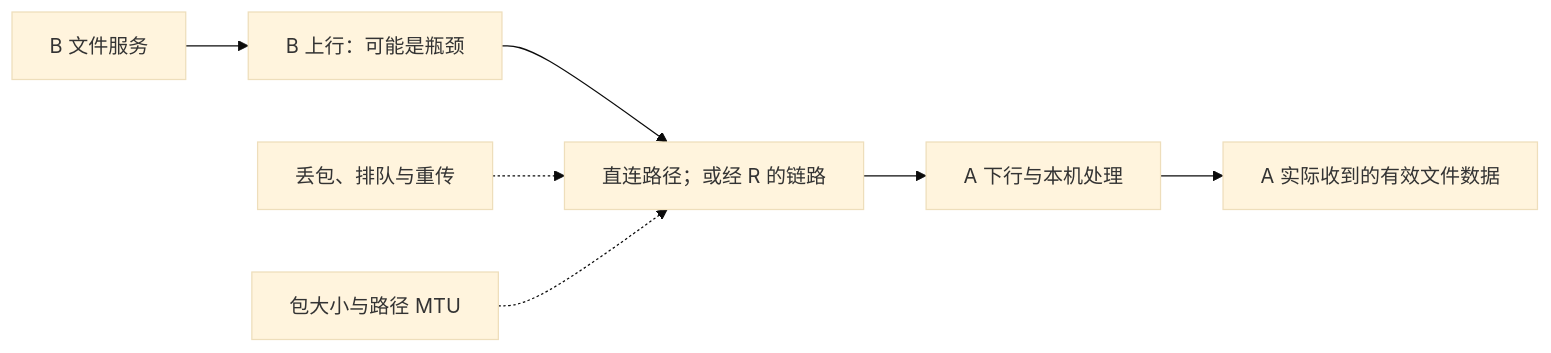
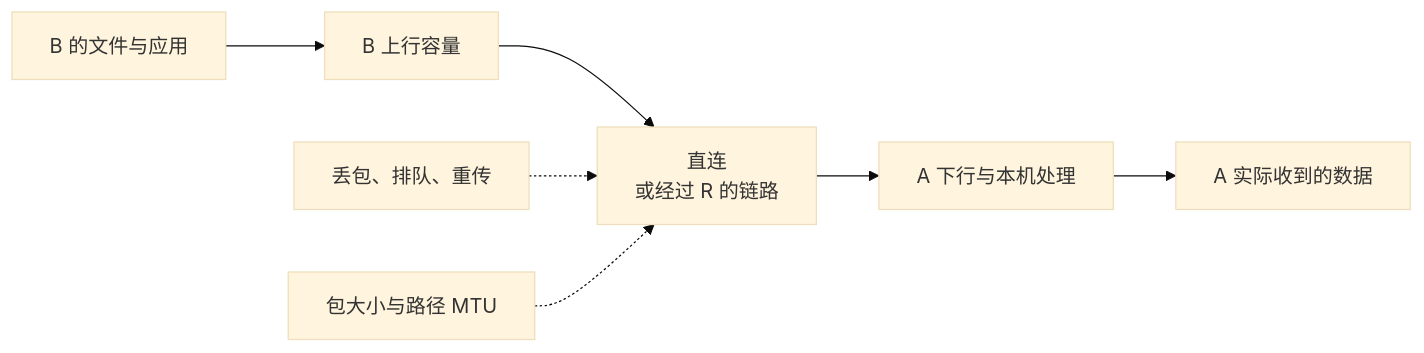
One commit to sonofmagic/easytier-docs changed the diagram in apps/website/chapters/18-performance.md. Above: the diagram before and after it, drawn with Mermaid (base theme). The commit also changed other lines of this file and 59 other files, not shown here.

````diff
--- a/apps/website/chapters/18-performance.md
+++ b/apps/website/chapters/18-performance.md
@@ -22,9 +38,9 @@
 ```mermaid
 flowchart LR
-  B["B 文件服务"] --> U["B 上行：可能是瓶颈"]
-  U --> P["直连路径；或经 R 的链路"]
-  P --> D["A 下行与本机处理"]
-  D --> A["A 实际收到的有效文件数据"]
-  Loss["丢包、排队与重传"] -.-> P
-  Mtu["包大小与路径 MTU"] -.-> P
+  Disk["B 的文件与应用"] --> Upload["B 上行容量"]
+  Upload --> Path["直连<br/>或经过 R 的链路"]
+  Path --> Download["A 下行与本机处理"]
+  Download --> Browser["A 实际收到的数据"]
+  Loss["丢包、排队、重传"] -.-> Path
+  Size["包大小与路径 MTU"] -.-> Path
 ```
````
